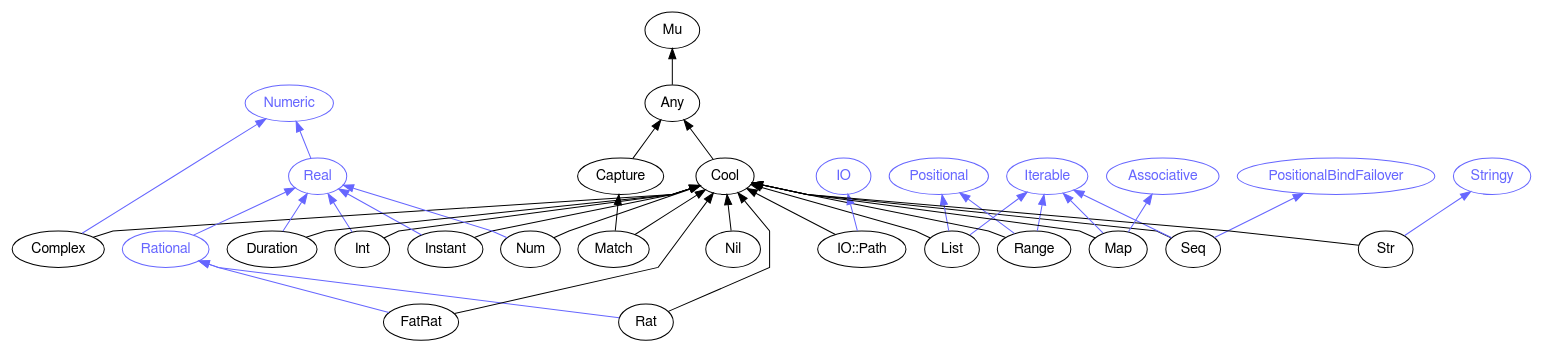
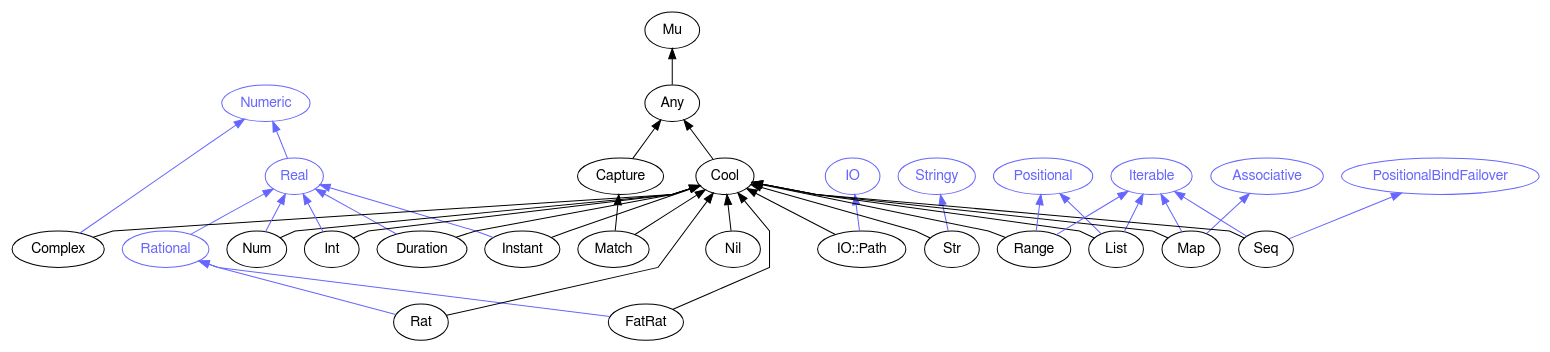
Before and after one commit to perl6docs/perl6docs.github.io: the diagram in images/type-graph-Cool.svg.dot, drawn with Graphviz. The commit also changed other lines of this file and 1861 other files, not shown here.

```diff
--- a/images/type-graph-Cool.svg.dot
+++ b/images/type-graph-Cool.svg.dot
@@ -1,76 +1,76 @@
 digraph "perl6-type-graph" {
     rankdir=BT;
     splines=polyline;
     overlap=false; 
     // Types
     "Cool" [color="#000000", fontcolor="#000000", href="/type/Cool", fontname="FreeSans"];
     "Mu" [color="#000000", fontcolor="#000000", href="/type/Mu", fontname="FreeSans"];
     "Any" [color="#000000", fontcolor="#000000", href="/type/Any", fontname="FreeSans"];
     "Numeric" [color="#6666FF", fontcolor="#6666FF", href="/type/Numeric", fontname="FreeSans"];
     "Real" [color="#6666FF", fontcolor="#6666FF", href="/type/Real", fontname="FreeSans"];
-    "Int" [color="#000000", fontcolor="#000000", href="/type/Int", fontname="FreeSans"];
+    "Instant" [color="#000000", fontcolor="#000000", href="/type/Instant", fontname="FreeSans"];
+    "IO" [color="#6666FF", fontcolor="#6666FF", href="/type/IO", fontname="FreeSans"];
+    "IO::Path" [color="#000000", fontcolor="#000000", href="/type/IO::Path", fontname="FreeSans"];
+    "Stringy" [color="#6666FF", fontcolor="#6666FF", href="/type/Stringy", fontname="FreeSans"];
+    "Str" [color="#000000", fontcolor="#000000", href="/type/Str", fontname="FreeSans"];
+    "Positional" [color="#6666FF", fontcolor="#6666FF", href="/type/Positional", fontname="FreeSans"];
     "Iterable" [color="#6666FF", fontcolor="#6666FF", href="/type/Iterable", fontname="FreeSans"];
+    "List" [color="#000000", fontcolor="#000000", href="/type/List", fontname="FreeSans"];
+    "Capture" [color="#000000", fontcolor="#000000", href="/type/Capture", fontname="FreeSans"];
+    "Match" [color="#000000", fontcolor="#000000", href="/type/Match", fontname="FreeSans"];
+    "Associative" [color="#6666FF", fontcolor="#6666FF", href="/type/Associative", fontname="FreeSans"];
+    "Map" [color="#000000", fontcolor="#000000", href="/type/Map", fontname="FreeSans"];
+    "Duration" [color="#000000", fontcolor="#000000", href="/type/Duration", fontname="FreeSans"];
+    "Nil" [color="#000000", fontcolor="#000000", href="/type/Nil", fontname="FreeSans"];
+    "Rational" [color="#6666FF", fontcolor="#6666FF", href="/type/Rational", fontname="FreeSans"];
+    "FatRat" [color="#000000", fontcolor="#000000", href="/type/FatRat", fontname="FreeSans"];
     "PositionalBindFailover" [color="#6666FF", fontcolor="#6666FF", href="/type/PositionalBindFailover", fontname="FreeSans"];
     "Seq" [color="#000000", fontcolor="#000000", href="/type/Seq", fontname="FreeSans"];
-    "Positional" [color="#6666FF", fontcolor="#6666FF", href="/type/Positional", fontname="FreeSans"];
-    "List" [color="#000000", fontcolor="#000000", href="/type/List", fontname="FreeSans"];
-    "Nil" [color="#000000", fontcolor="#000000", href="/type/Nil", fontname="FreeSans"];
-    "Instant" [color="#000000", fontcolor="#000000", href="/type/Instant", fontname="FreeSans"];
+    "Range" [color="#000000", fontcolor="#000000", href="/type/Range", fontname="FreeSans"];
+    "Rat" [color="#000000", fontcolor="#000000", href="/type/Rat", fontname="FreeSans"];
     "Complex" [color="#000000", fontcolor="#000000", href="/type/Complex", fontname="FreeSans"];
-    "Rational" [color="#6666FF", fontcolor="#6666FF", href="/type/Rational", fontname="FreeSans"];
-    "Rat" [color="#000000", fontcolor="#000000", href="/type/Rat", fontname="FreeSans"];
-    "Capture" [color="#000000", fontcolor="#000000", href="/type/Capture", fontname="FreeSans"];
-    "Match" [color="#000000", fontcolor="#000000", href="/type/Match", fontname="FreeSans"];
-    "Range" [color="#000000", fontcolor="#000000", href="/type/Range", fontname="FreeSans"];
     "Num" [color="#000000", fontcolor="#000000", href="/type/Num", fontname="FreeSans"];
-    "Duration" [color="#000000", fontcolor="#000000", href="/type/Duration", fontname="FreeSans"];
-    "IO" [color="#6666FF", fontcolor="#6666FF", href="/type/IO", fontname="FreeSans"];
-    "IO::Path" [color="#000000", fontcolor="#000000", href="/type/IO::Path", fontname="FreeSans"];
-    "FatRat" [color="#000000", fontcolor="#000000", href="/type/FatRat", fontname="FreeSans"];
-    "Stringy" [color="#6666FF", fontcolor="#6666FF", href="/type/Stringy", fontname="FreeSans"];
-    "Str" [color="#000000", fontcolor="#000000", href="/type/Str", fontname="FreeSans"];
-    "Associative" [color="#6666FF", fontcolor="#6666FF", href="/type/Associative", fontname="FreeSans"];
-    "Map" [color="#000000", fontcolor="#000000", href="/type/Map", fontname="FreeSans"];
+    "Int" [color="#000000", fontcolor="#000000", href="/type/Int", fontname="FreeSans"];
 
     // Superclasses
     "Cool" -> "Any" [color="#000000"];
     "Any" -> "Mu" [color="#000000"];
-    "Int" -> "Cool" [color="#000000"];
-    "Seq" -> "Cool" [color="#000000"];
+    "Instant" -> "Cool" [color="#000000"];
+    "IO::Path" -> "Cool" [color="#000000"];
+    "Str" -> "Cool" [color="#000000"];
     "List" -> "Cool" [color="#000000"];
-    "Nil" -> "Cool" [color="#000000"];
-    "Instant" -> "Cool" [color="#000000"];
-    "Complex" -> "Cool" [color="#000000"];
-    "Rat" -> "Cool" [color="#000000"];
     "Capture" -> "Any" [color="#000000"];
     "Match" -> "Capture" [color="#000000"];
     "Match" -> "Cool" [color="#000000"];
+    "Map" -> "Cool" [color="#000000"];
+    "Duration" -> "Cool" [color="#000000"];
+    "Nil" -> "Cool" [color="#000000"];
+    "FatRat" -> "Cool" [color="#000000"];
+    "Seq" -> "Cool" [color="#000000"];
     "Range" -> "Cool" [color="#000000"];
+    "Rat" -> "Cool" [color="#000000"];
+    "Complex" -> "Cool" [color="#000000"];
     "Num" -> "Cool" [color="#000000"];
-    "Duration" -> "Cool" [color="#000000"];
-    "IO::Path" -> "Cool" [color="#000000"];
-    "FatRat" -> "Cool" [color="#000000"];
-    "Str" -> "Cool" [color="#000000"];
-    "Map" -> "Cool" [color="#000000"];
+    "Int" -> "Cool" [color="#000000"];
 
     // Roles
     "Real" -> "Numeric" [color="#6666FF"];
-    "Int" -> "Real" [color="#6666FF"];
+    "Instant" -> "Real" [color="#6666FF"];
+    "IO::Path" -> "IO" [color="#6666FF"];
+    "Str" -> "Stringy" [color="#6666FF"];
+    "List" -> "Positional" [color="#6666FF"];
+    "List" -> "Iterable" [color="#6666FF"];
+    "Map" -> "Iterable" [color="#6666FF"];
+    "Map" -> "Associative" [color="#6666FF"];
+    "Duration" -> "Real" [color="#6666FF"];
+    "Rational" -> "Real" [color="#6666FF"];
+    "FatRat" -> "Rational" [color="#6666FF"];
     "Seq" -> "Iterable" [color="#6666FF"];
     "Seq" -> "PositionalBindFailover" [color="#6666FF"];
-    "List" -> "Positional" [color="#6666FF"];
-    "List" -> "Iterable" [color="#6666FF"];
-    "Instant" -> "Real" [color="#6666FF"];
-    "Complex" -> "Numeric" [color="#6666FF"];
-    "Rational" -> "Real" [color="#6666FF"];
-    "Rat" -> "Rational" [color="#6666FF"];
     "Range" -> "Positional" [color="#6666FF"];
     "Range" -> "Iterable" [color="#6666FF"];
+    "Rat" -> "Rational" [color="#6666FF"];
+    "Complex" -> "Numeric" [color="#6666FF"];
     "Num" -> "Real" [color="#6666FF"];
-    "Duration" -> "Real" [color="#6666FF"];
-    "IO::Path" -> "IO" [color="#6666FF"];
-    "FatRat" -> "Rational" [color="#6666FF"];
-    "Str" -> "Stringy" [color="#6666FF"];
-    "Map" -> "Iterable" [color="#6666FF"];
-    "Map" -> "Associative" [color="#6666FF"];
+    "Int" -> "Real" [color="#6666FF"];
 }
```
